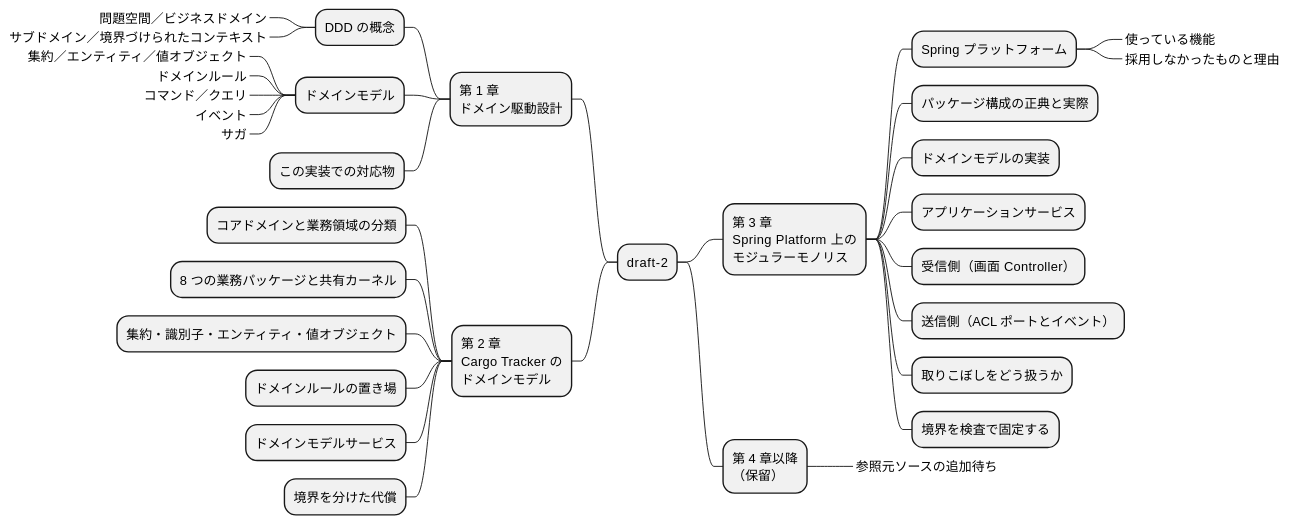
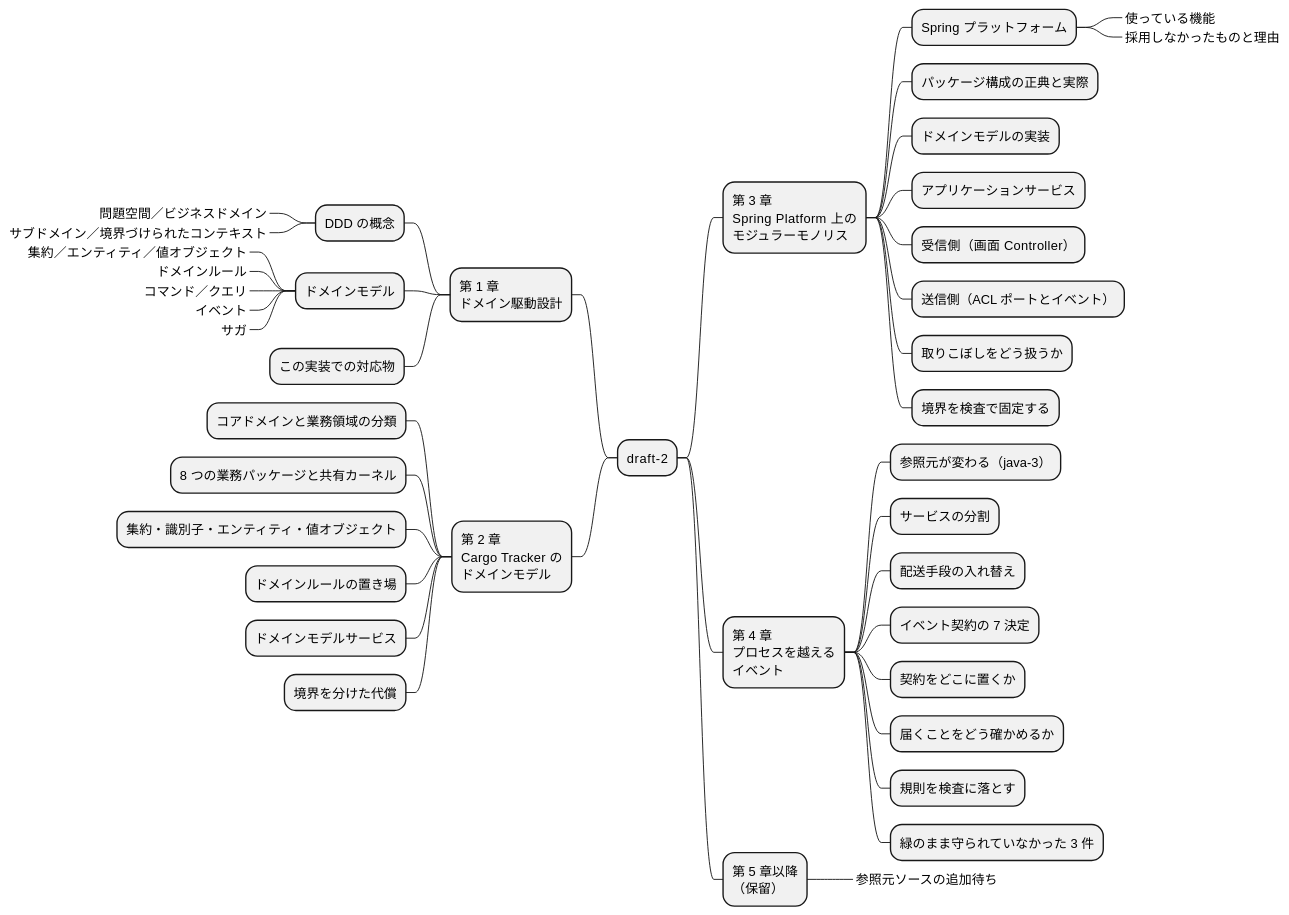
One commit to k2works/case-study-cargo-tracker changed the diagram in docs/article/practical-ddd-in-enterprise-java/draft-2/outline.md. Above: the diagram before and after it, drawn with PlantUML. The commit also changed other lines of this file and 3 other files, not shown here.

````diff
--- a/docs/article/practical-ddd-in-enterprise-java/draft-2/outline.md
+++ b/docs/article/practical-ddd-in-enterprise-java/draft-2/outline.md
@@ -112,40 +112,49 @@
 ```plantuml
 @startmindmap
 
 * draft-2
 left side
 ** 第 1 章\nドメイン駆動設計
 *** DDD の概念
 ****_ 問題空間／ビジネスドメイン
 ****_ サブドメイン／境界づけられたコンテキスト
 *** ドメインモデル
 ****_ 集約／エンティティ／値オブジェクト
 ****_ ドメインルール
 ****_ コマンド／クエリ
 ****_ イベント
 ****_ サガ
 *** この実装での対応物
 ** 第 2 章\nCargo Tracker の\nドメインモデル
 *** コアドメインと業務領域の分類
 *** 8 つの業務パッケージと共有カーネル
 *** 集約・識別子・エンティティ・値オブジェクト
 *** ドメインルールの置き場
 *** ドメインモデルサービス
 *** 境界を分けた代償
 right side
 ** 第 3 章\nSpring Platform 上の\nモジュラーモノリス
 *** Spring プラットフォーム
 ****_ 使っている機能
 ****_ 採用しなかったものと理由
 *** パッケージ構成の正典と実際
 *** ドメインモデルの実装
 *** アプリケーションサービス
 *** 受信側（画面 Controller）
 *** 送信側（ACL ポートとイベント）
 *** 取りこぼしをどう扱うか
 *** 境界を検査で固定する
-** 第 4 章以降\n（保留）
+** 第 4 章\nプロセスを越える\nイベント
+*** 参照元が変わる（java-3）
+*** サービスの分割
+*** 配送手段の入れ替え
+*** イベント契約の 7 決定
+*** 契約をどこに置くか
+*** 届くことをどう確かめるか
+*** 規則を検査に落とす
+*** 緑のまま守られていなかった 3 件
+** 第 5 章以降\n（保留）
 ***_ 参照元ソースの追加待ち
 
 @endmindmap
 ```
````
